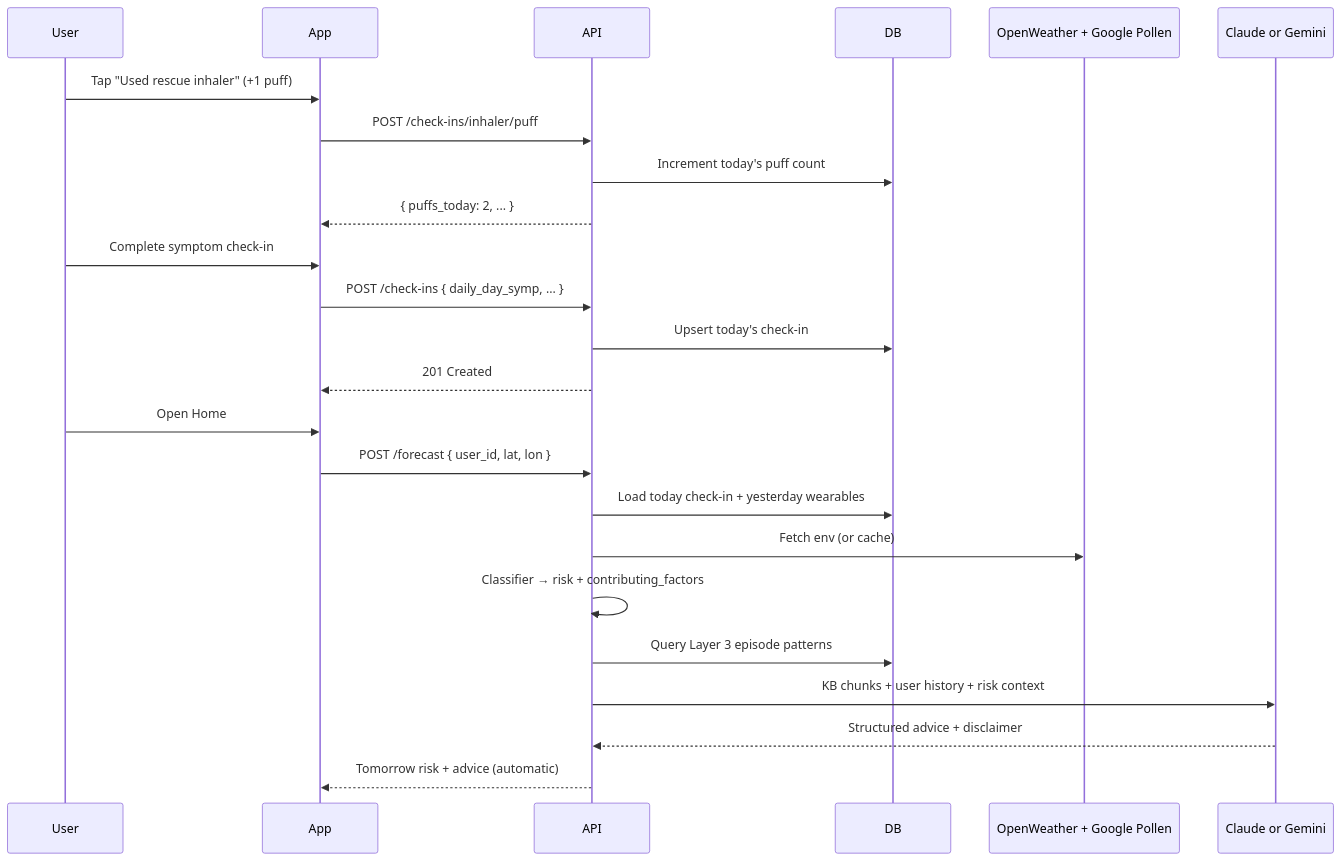
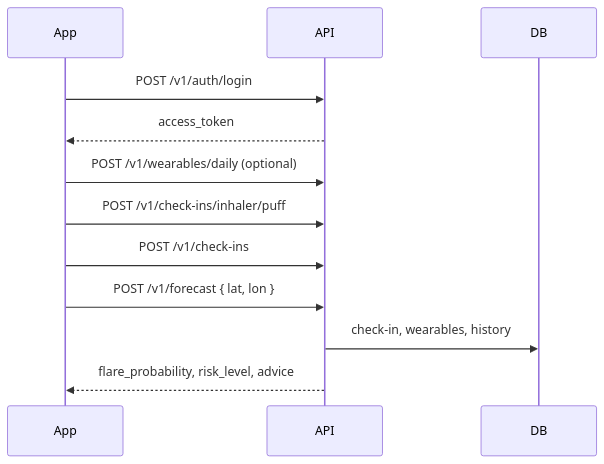
The diagram in asthma-app/docs/API.md (Lobelia-Mirror-Lake/Lobelia), drawn with Mermaid before and after one commit. The commit also changed other lines of this file, not shown here.

Commit message:
Update API document

````diff
--- a/asthma-app/docs/API.md
+++ b/asthma-app/docs/API.md
@@ -113,29 +38,17 @@
 ```mermaid
 sequenceDiagram
-    participant User
     participant App
     participant API
     participant DB
-    participant Env as OpenWeather + Google Pollen
-    participant LLM as Claude or Gemini
 
-    User->>App: Tap "Used rescue inhaler" (+1 puff)
-    App->>API: POST /check-ins/inhaler/puff
-    API->>DB: Increment today's puff count
-    API-->>App: { puffs_today: 2, ... }
+    App->>API: POST /v1/auth/login
+    API-->>App: access_token
 
-    User->>App: Complete symptom check-in
-    App->>API: POST /check-ins { daily_day_symp, ... }
-    API->>DB: Upsert today's check-in
-    API-->>App: 201 Created
+    App->>API: POST /v1/wearables/daily (optional)
+    App->>API: POST /v1/check-ins/inhaler/puff
+    App->>API: POST /v1/check-ins
 
-    User->>App: Open Home
-    App->>API: POST /forecast { user_id, lat, lon }
-    API->>DB: Load today check-in + yesterday wearables
-    API->>Env: Fetch env (or cache)
-    API->>API: Classifier → risk + contributing_factors
-    API->>DB: Query Layer 3 episode patterns
-    API->>LLM: KB chunks + user history + risk context
-    LLM-->>API: Structured advice + disclaimer
-    API-->>App: Tomorrow risk + advice (automatic)
+    App->>API: POST /v1/forecast { lat, lon }
+    API->>DB: check-in, wearables, history
+    API-->>App: flare_probability, risk_level, advice
 ```
````
